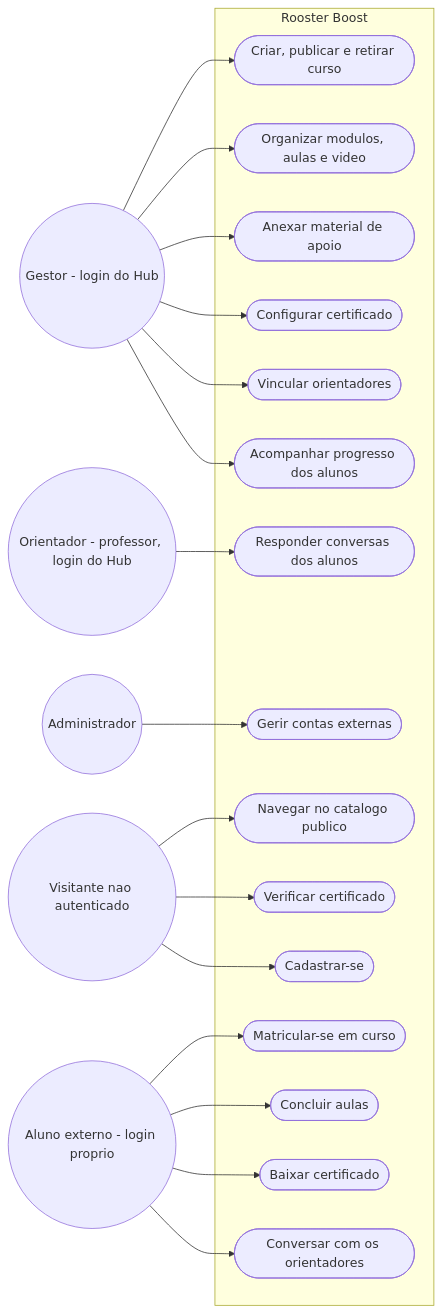
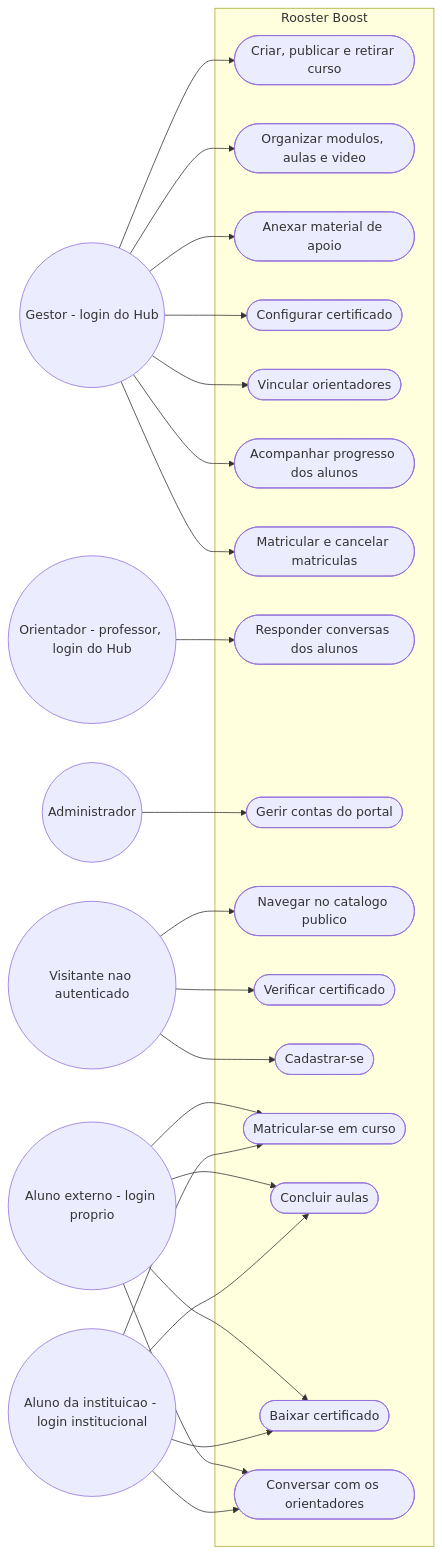
One commit to bebberjoao/RoosterOneBackend changed the diagram in docs/diagramas/src/casos-uso-boost.mmd. Above: the diagram before and after it, drawn with Mermaid. The commit also changed 2 other files, not shown here.

Commit message:
docs(diagramas): casos de uso do Boost com aluno da instituicao e matricula pela gestao

```diff
--- a/docs/diagramas/src/casos-uso-boost.mmd
+++ b/docs/diagramas/src/casos-uso-boost.mmd
@@ -1,40 +1,47 @@
 flowchart LR
   GES((Gestor - login do Hub))
   ORI((Orientador - professor, login do Hub))
   ADM((Administrador))
   EXT((Aluno externo - login proprio))
+  INT((Aluno da instituicao - login institucional))
   VIS((Visitante nao autenticado))
 
   subgraph Boost[Rooster Boost]
     B1([Criar, publicar e retirar curso])
     B2([Organizar modulos, aulas e video])
     B3([Anexar material de apoio])
     B4([Configurar certificado])
     B5([Vincular orientadores])
     B6([Acompanhar progresso dos alunos])
+    B16([Matricular e cancelar matriculas])
     B7([Responder conversas dos alunos])
-    B8([Gerir contas externas])
+    B8([Gerir contas do portal])
     B9([Navegar no catalogo publico])
     B10([Verificar certificado])
     B11([Cadastrar-se])
     B12([Matricular-se em curso])
     B13([Concluir aulas])
     B14([Baixar certificado])
     B15([Conversar com os orientadores])
   end
 
   GES --> B1
   GES --> B2
   GES --> B3
   GES --> B4
   GES --> B5
   GES --> B6
+  GES --> B16
   ORI --> B7
   ADM --> B8
   VIS --> B9
   VIS --> B10
   VIS --> B11
   EXT --> B12
   EXT --> B13
   EXT --> B14
   EXT --> B15
+  INT --> B12
+  INT --> B13
+  INT --> B14
+  INT --> B15
```
